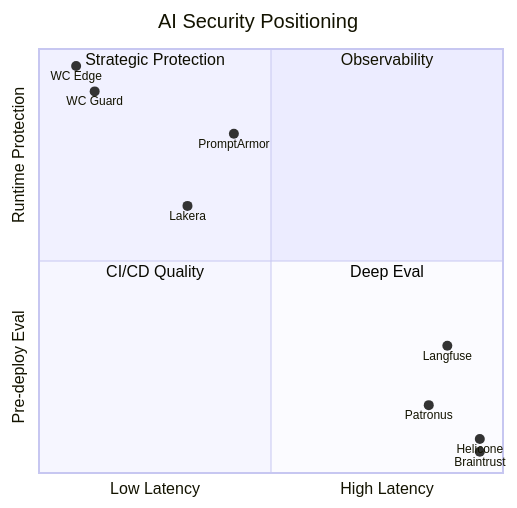
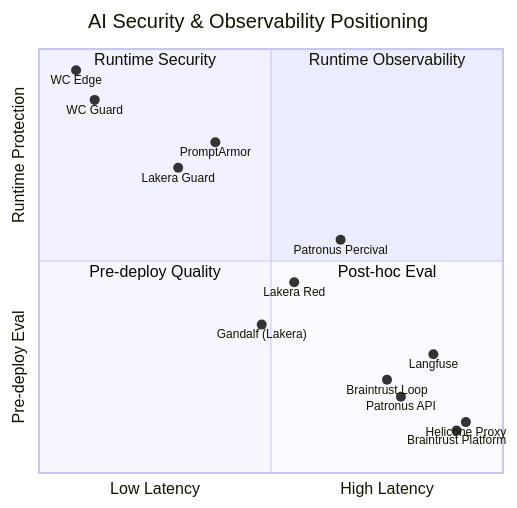
The fourth of 10 diagrams in presentation/white_circle_prezi.md (frankterpo/mermaidchart_prezi), drawn with Mermaid before and after one commit. The commit also changed other lines of this file, not shown here.

````diff
--- a/presentation/white_circle_prezi.md
+++ b/presentation/white_circle_prezi.md
@@ -256,18 +258,22 @@
 ```mermaid
 quadrantChart
-    title AI Security Positioning
+    title AI Security & Observability Positioning
     x-axis Low Latency --> High Latency
     y-axis Pre-deploy Eval --> Runtime Protection
-    quadrant-1 Observability
-    quadrant-2 Strategic Protection
-    quadrant-3 CI/CD Quality
-    quadrant-4 Deep Eval
-    "WC Guard": [0.12, 0.90]
-    "WC Edge": [0.08, 0.96]
-    "Lakera": [0.32, 0.63]
-    "PromptArmor": [0.42, 0.80]
-    "Helicone": [0.95, 0.08]
-    "Langfuse": [0.88, 0.30]
-    "Braintrust": [0.95, 0.05]
-    "Patronus": [0.84, 0.16]
+    quadrant-1 Runtime Observability
+    quadrant-2 Runtime Security
+    quadrant-3 Pre-deploy Quality
+    quadrant-4 Post-hoc Eval
+    "WC Guard": [0.12, 0.88]
+    "WC Edge": [0.08, 0.95]
+    "Lakera Guard": [0.30, 0.72]
+    "Lakera Red": [0.55, 0.45]
+    "PromptArmor": [0.38, 0.78]
+    "Helicone Proxy": [0.92, 0.12]
+    "Langfuse": [0.85, 0.28]
+    "Braintrust Platform": [0.90, 0.10]
+    "Braintrust Loop": [0.75, 0.22]
+    "Patronus API": [0.78, 0.18]
+    "Patronus Percival": [0.65, 0.55]
+    "Gandalf (Lakera)": [0.48, 0.35]
 ```
````
